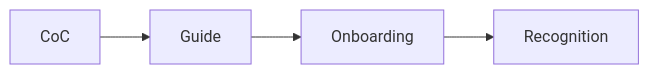
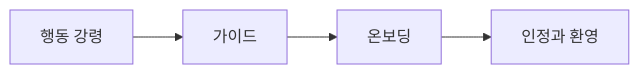
One commit to yeongseon-books/book-content changed the diagram in content/open-source-101/ko/07-community-management.md. Above: the diagram before and after it, drawn with Mermaid. The commit also changed other lines of this file and 9 other files, not shown here.

````diff
--- a/content/open-source-101/ko/07-community-management.md
+++ b/content/open-source-101/ko/07-community-management.md
@@ -33,6 +47,6 @@
 ```mermaid
 flowchart LR
-    C[CoC] --> G[Guide]
-    G --> O[Onboarding]
-    O --> R[Recognition]
+    C[행동 강령] --> G[가이드]
+    G --> O[온보딩]
+    O --> R[인정과 환영]
 ```
````
